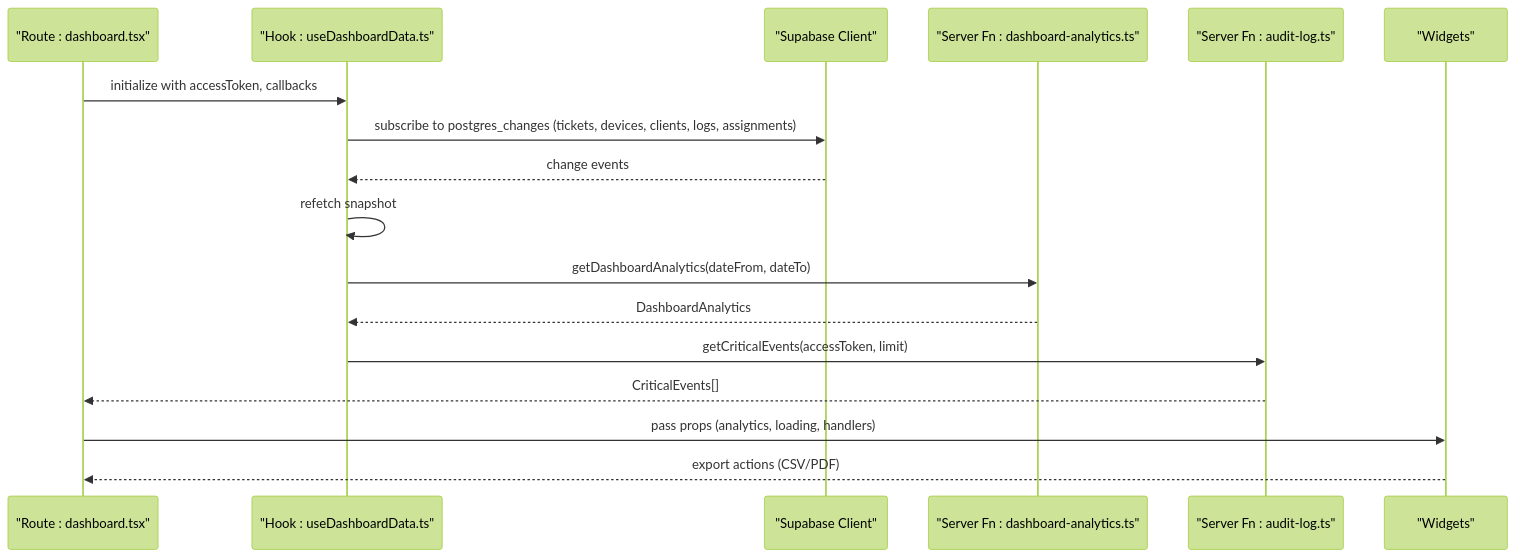
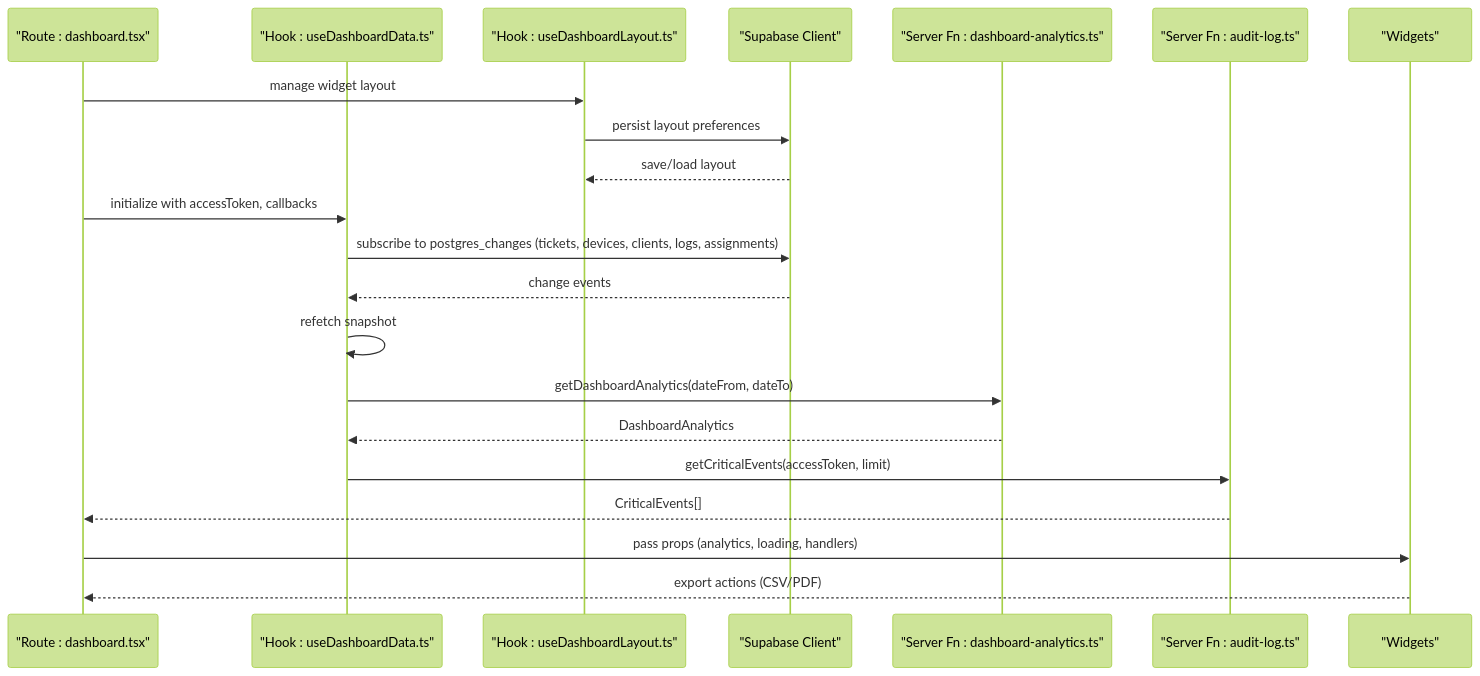
One commit to gastaldellomarco/pcReady changed the second of 12 diagrams in .qoder/repowiki/en/content/Analytics and Reporting/Dashboard Widgets and Analytics Cards.md. Above: the diagram before and after it, drawn with Mermaid (forest theme). The commit also changed other lines of this file and 5 other files, not shown here.

First line of the commit message:
feat(dashboard): add new widgets and widget management system

````diff
--- a/.qoder/repowiki/en/content/Analytics and Reporting/Dashboard Widgets and Analytics Cards.md
+++ b/.qoder/repowiki/en/content/Analytics and Reporting/Dashboard Widgets and Analytics Cards.md
@@ -149,19 +183,23 @@
 ```mermaid
 sequenceDiagram
 participant Route as "Route : dashboard.tsx"
 participant Hook as "Hook : useDashboardData.ts"
+participant LayoutHook as "Hook : useDashboardLayout.ts"
 participant Supabase as "Supabase Client"
 participant ServerFn as "Server Fn : dashboard-analytics.ts"
 participant AuditLog as "Server Fn : audit-log.ts"
 participant Widgets as "Widgets"
+Route->>LayoutHook : manage widget layout
+LayoutHook->>Supabase : persist layout preferences
+Supabase-->>LayoutHook : save/load layout
 Route->>Hook : initialize with accessToken, callbacks
 Hook->>Supabase : subscribe to postgres_changes (tickets, devices, clients, logs, assignments)
 Supabase-->>Hook : change events
 Hook->>Hook : refetch snapshot
 Hook->>ServerFn : getDashboardAnalytics(dateFrom, dateTo)
 ServerFn-->>Hook : DashboardAnalytics
 Hook->>AuditLog : getCriticalEvents(accessToken, limit)
 AuditLog-->>Route : CriticalEvents[]
 Route->>Widgets : pass props (analytics, loading, handlers)
 Widgets-->>Route : export actions (CSV/PDF)
 ```
````
